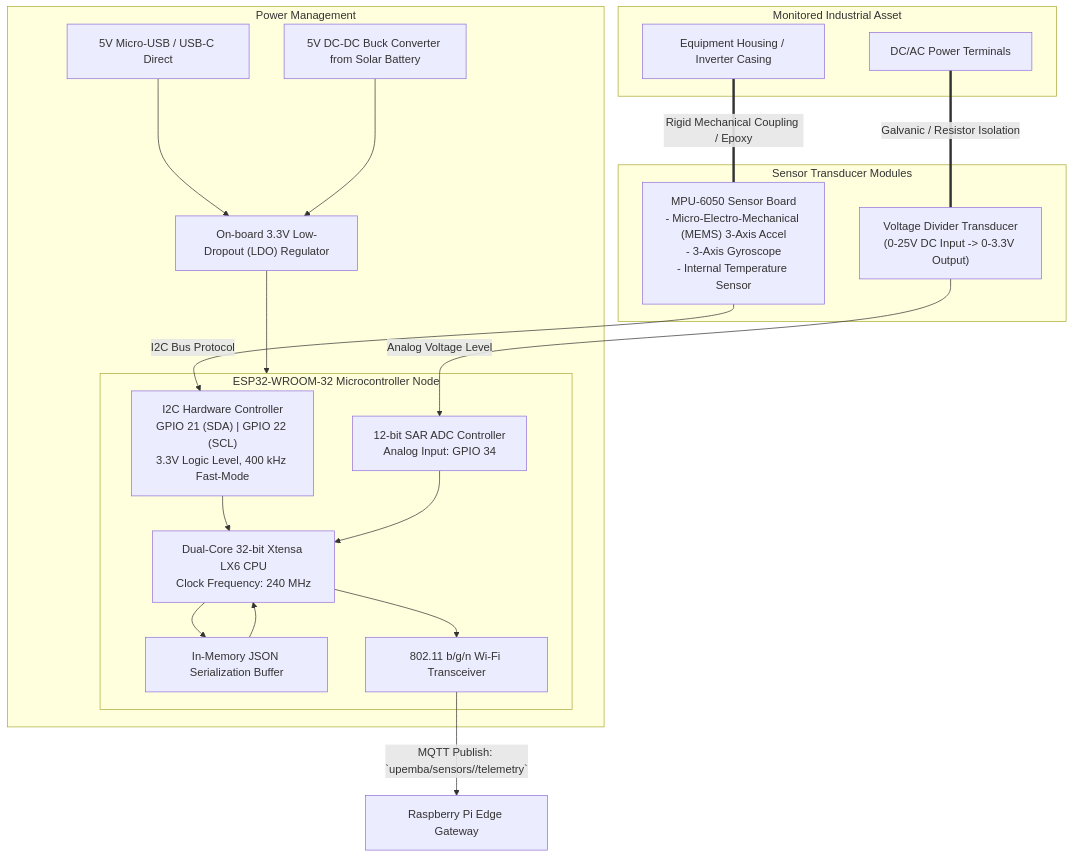
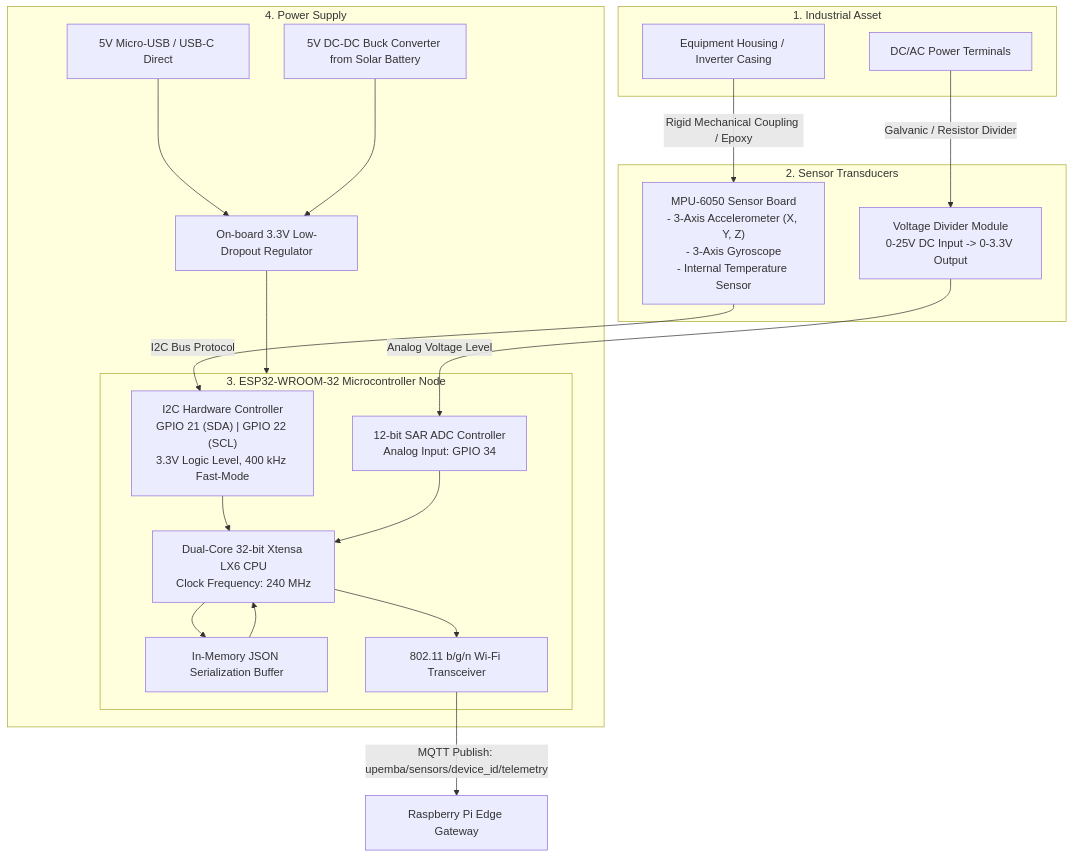
Before and after one commit to bendeze/upemba-iot-backend: the second of 18 diagrams in ARCHITECTURE.md, drawn with Mermaid. The commit also changed other lines of this file and 2 other files, not shown here.

````diff
--- a/ARCHITECTURE.md
+++ b/ARCHITECTURE.md
@@ -91,43 +91,43 @@
 ```mermaid
 flowchart TD
-    subgraph PhysicalMachinery ["Monitored Industrial Asset"]
+    subgraph PhysicalMachinery ["1. Industrial Asset"]
         HOUSING["Equipment Housing / Inverter Casing"]
         POWER_RAIL["DC/AC Power Terminals"]
     end
 
-    subgraph Transducers ["Sensor Transducer Modules"]
-        MPU["MPU-6050 Sensor Board\n- Micro-Electro-Mechanical (MEMS) 3-Axis Accel\n- 3-Axis Gyroscope\n- Internal Temperature Sensor"]
-        VOLT_MOD["Voltage Divider Transducer\n(0-25V DC Input -> 0-3.3V Output)"]
+    subgraph Transducers ["2. Sensor Transducers"]
+        MPU["MPU-6050 Sensor Board\n- 3-Axis Accelerometer (X, Y, Z)\n- 3-Axis Gyroscope\n- Internal Temperature Sensor"]
+        VOLT_MOD["Voltage Divider Module\n0-25V DC Input -> 0-3.3V Output"]
     end
 
-    HOUSING ===|Rigid Mechanical Coupling / Epoxy| MPU
-    POWER_RAIL ===|Galvanic / Resistor Isolation| VOLT_MOD
+    HOUSING -->|"Rigid Mechanical Coupling / Epoxy"| MPU
+    POWER_RAIL -->|"Galvanic / Resistor Divider"| VOLT_MOD
 
-    subgraph MicrocontrollerUnit ["ESP32-WROOM-32 Microcontroller Node"]
+    subgraph MicrocontrollerUnit ["3. ESP32-WROOM-32 Microcontroller Node"]
         PIN_I2C["I2C Hardware Controller\nGPIO 21 (SDA) | GPIO 22 (SCL)\n3.3V Logic Level, 400 kHz Fast-Mode"]
         PIN_ADC["12-bit SAR ADC Controller\nAnalog Input: GPIO 34"]
         CPU["Dual-Core 32-bit Xtensa LX6 CPU\nClock Frequency: 240 MHz"]
         BUFFER["In-Memory JSON Serialization Buffer"]
         WIFI_RADIO["802.11 b/g/n Wi-Fi Transceiver"]
 
-        MPU -->|I2C Bus Protocol| PIN_I2C
-        VOLT_MOD -->|Analog Voltage Level| PIN_ADC
+        MPU -->|"I2C Bus Protocol"| PIN_I2C
+        VOLT_MOD -->|"Analog Voltage Level"| PIN_ADC
         PIN_I2C --> CPU
         PIN_ADC --> CPU
         CPU --> BUFFER
         BUFFER --> CPU
         CPU --> WIFI_RADIO
     end
 
-    subgraph PowerSource ["Power Management"]
+    subgraph PowerSource ["4. Power Supply"]
         PWR_OPT1["5V Micro-USB / USB-C Direct"]
         PWR_OPT2["5V DC-DC Buck Converter from Solar Battery"]
-        REG["On-board 3.3V Low-Dropout (LDO) Regulator"]
+        REG["On-board 3.3V Low-Dropout Regulator"]
         
         PWR_OPT1 --> REG
         PWR_OPT2 --> REG
         REG --> MicrocontrollerUnit
     end
 
-    WIFI_RADIO -->|MQTT Publish: `upemba/sensors/<device_id>/telemetry`| GATEWAY["Raspberry Pi Edge Gateway"]
+    WIFI_RADIO -->|"MQTT Publish: upemba/sensors/device_id/telemetry"| GATEWAY["Raspberry Pi Edge Gateway"]
 ```
````
